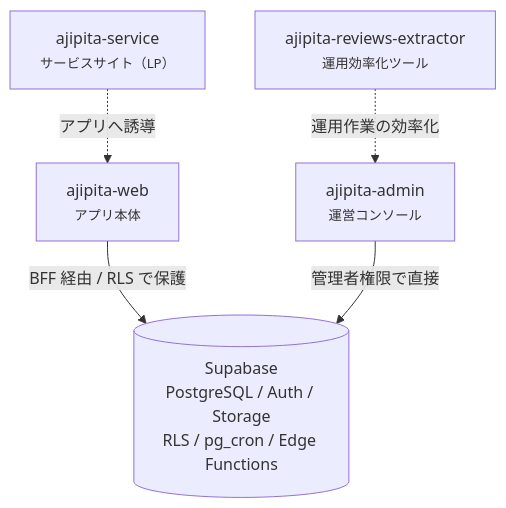
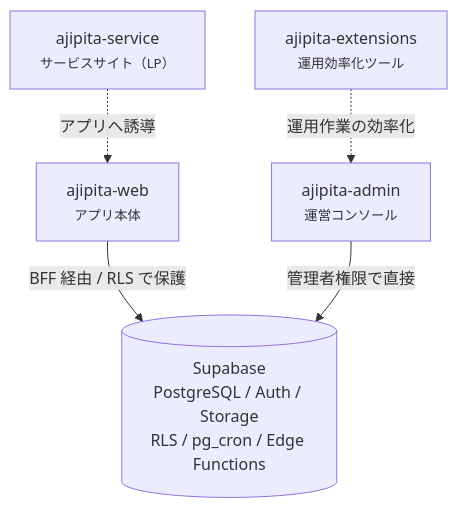
The diagram in docs/01-architecture.md (tzptzptzptzptzp/ajipita-inside), drawn with Mermaid before and after one commit. The commit also changed other lines of this file and 4 other files, not shown here.

````diff
--- a/docs/01-architecture.md
+++ b/docs/01-architecture.md
@@ -11,14 +11,14 @@
 ```mermaid
 flowchart TB
     DB[("Supabase<br/>PostgreSQL / Auth / Storage<br/>RLS / pg_cron / Edge Functions")]
 
     WEB["ajipita-web<br/><small>アプリ本体</small>"]
     ADMIN["ajipita-admin<br/><small>運営コンソール</small>"]
     SERVICE["ajipita-service<br/><small>サービスサイト（LP）</small>"]
-    EXT["ajipita-reviews-extractor<br/><small>運用効率化ツール</small>"]
+    EXT["ajipita-extensions<br/><small>運用効率化ツール</small>"]
 
     WEB -->|"BFF 経由 / RLS で保護"| DB
     ADMIN -->|"管理者権限で直接"| DB
     SERVICE -.->|"アプリへ誘導"| WEB
     EXT -.->|"運用作業の効率化"| ADMIN
 ```
````
